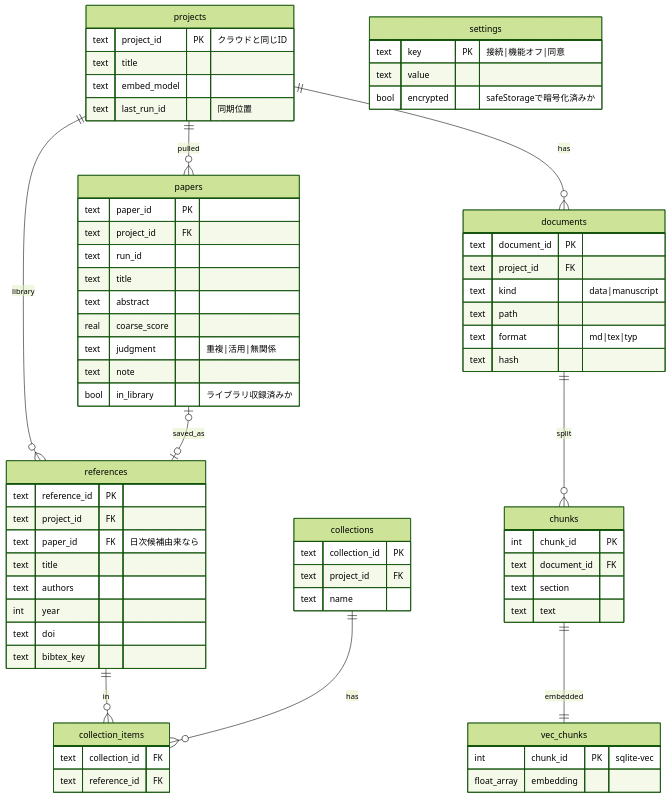
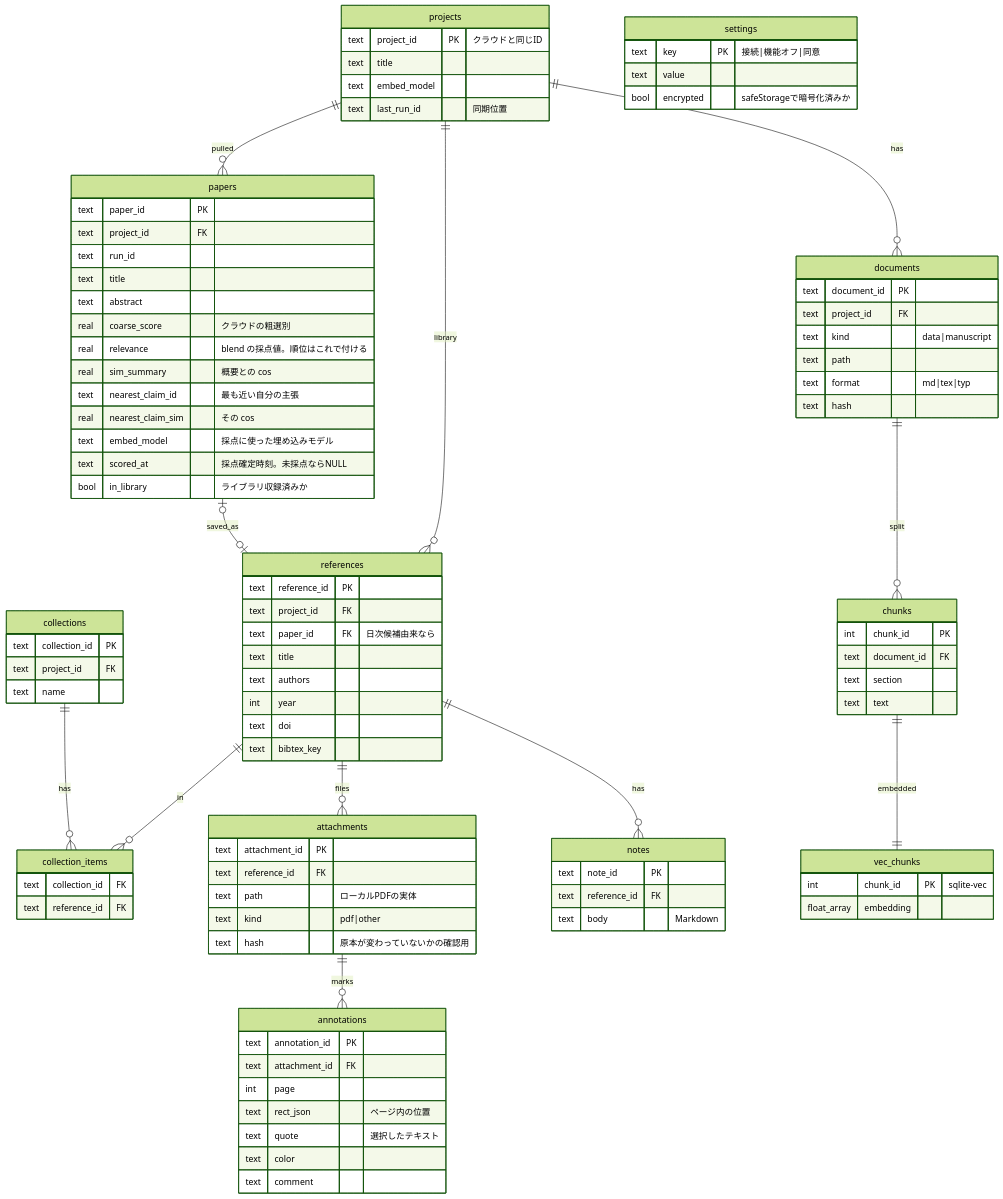
The second of 2 diagrams in docs/er-diagram.md (uzak0209/AI-Research), drawn with Mermaid (forest theme) before and after one commit. The commit also changed other lines of this file and 46 other files, not shown here.

```diff
--- a/docs/er-diagram.md
+++ b/docs/er-diagram.md
@@ -78,6 +80,9 @@
     papers |o--o| references : saved_as
     references ||--o{ collection_items : in
     collections ||--o{ collection_items : has
+    references ||--o{ attachments : files
+    references ||--o{ notes : has
+    attachments ||--o{ annotations : marks
     documents ||--o{ chunks : split
     chunks ||--|| vec_chunks : embedded
 
@@ -93,9 +98,13 @@
         text run_id
         text title
         text abstract
-        real coarse_score
-        text judgment "重複|活用|無関係"
-        text note
+        real coarse_score "クラウドの粗選別"
+        real relevance "blend の採点値。順位はこれで付ける"
+        real sim_summary "概要との cos"
+        text nearest_claim_id "最も近い自分の主張"
+        real nearest_claim_sim "その cos"
+        text embed_model "採点に使った埋め込みモデル"
+        text scored_at "採点確定時刻。未採点ならNULL"
         bool in_library "ライブラリ収録済みか"
     }
     references {
@@ -112,6 +121,27 @@
         text collection_id PK
         text project_id FK
         text name
+    }
+    attachments {
+        text attachment_id PK
+        text reference_id FK
+        text path "ローカルPDFの実体"
+        text kind "pdf|other"
+        text hash "原本が変わっていないかの確認用"
+    }
+    annotations {
+        text annotation_id PK
+        text attachment_id FK
+        int page
+        text rect_json "ページ内の位置"
+        text quote "選択したテキスト"
+        text color
+        text comment
+    }
+    notes {
+        text note_id PK
+        text reference_id FK
+        text body "Markdown"
     }
     collection_items {
         text collection_id FK
```
